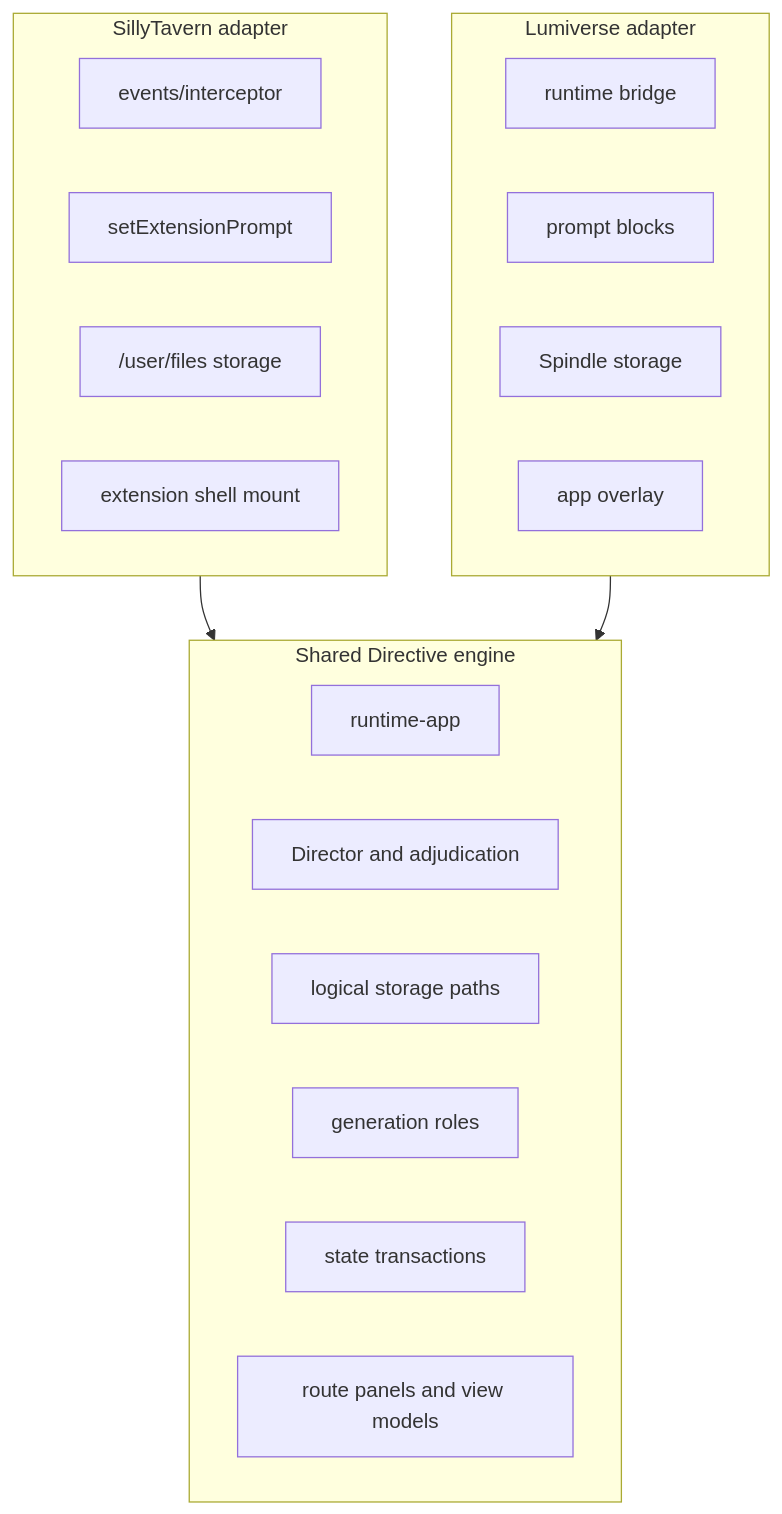
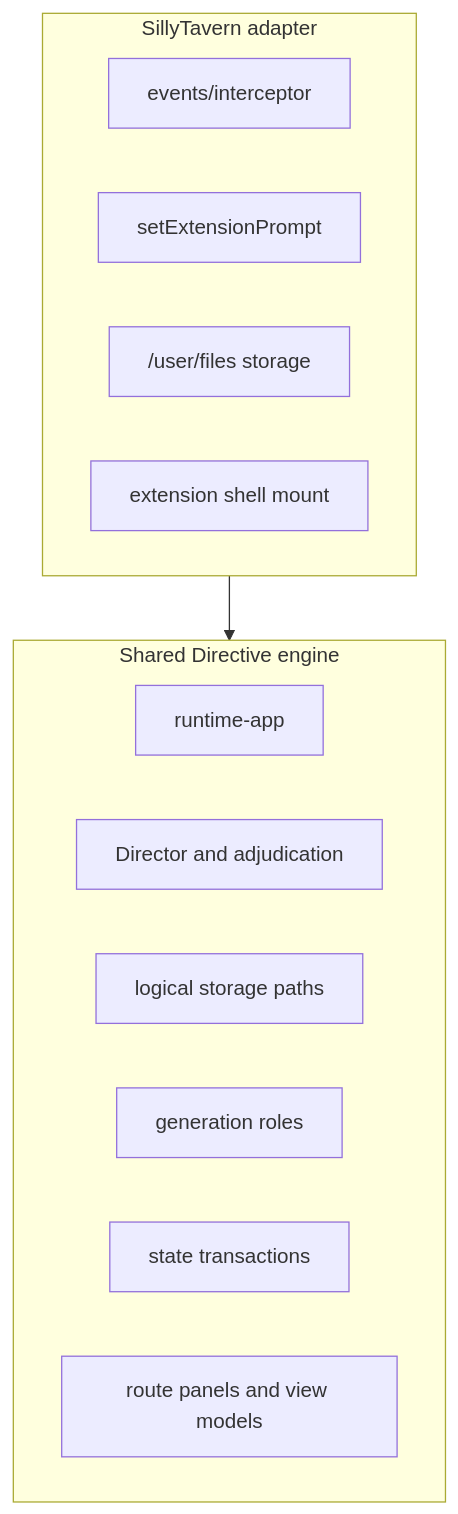
The diagram in docs/technical/HOST_INTEGRATION_MANUAL.md (MentallyQuill/Directive), drawn with Mermaid before and after one commit. The commit also changed other lines of this file and 88 other files, not shown here.

````diff
--- a/docs/technical/HOST_INTEGRATION_MANUAL.md
+++ b/docs/technical/HOST_INTEGRATION_MANUAL.md
@@ -69,28 +55,20 @@
 ```mermaid
 flowchart TB
   subgraph Shared["Shared Directive engine"]
     Runtime["runtime-app"]
     Director["Director and adjudication"]
     StorageLogic["logical storage paths"]
     GenerationRoles["generation roles"]
     State["state transactions"]
     UI["route panels and view models"]
   end
 
   subgraph ST["SillyTavern adapter"]
     STEvents["events/interceptor"]
     STPrompt["setExtensionPrompt"]
     STFiles["/user/files storage"]
     STShell["extension shell mount"]
   end
 
-  subgraph LV["Lumiverse adapter"]
-    LVBridge["runtime bridge"]
-    LVPrompt["prompt blocks"]
-    LVStorage["Spindle storage"]
-    LVApp["app overlay"]
-  end
-
   ST --> Shared
-  LV --> Shared
 ```
````
